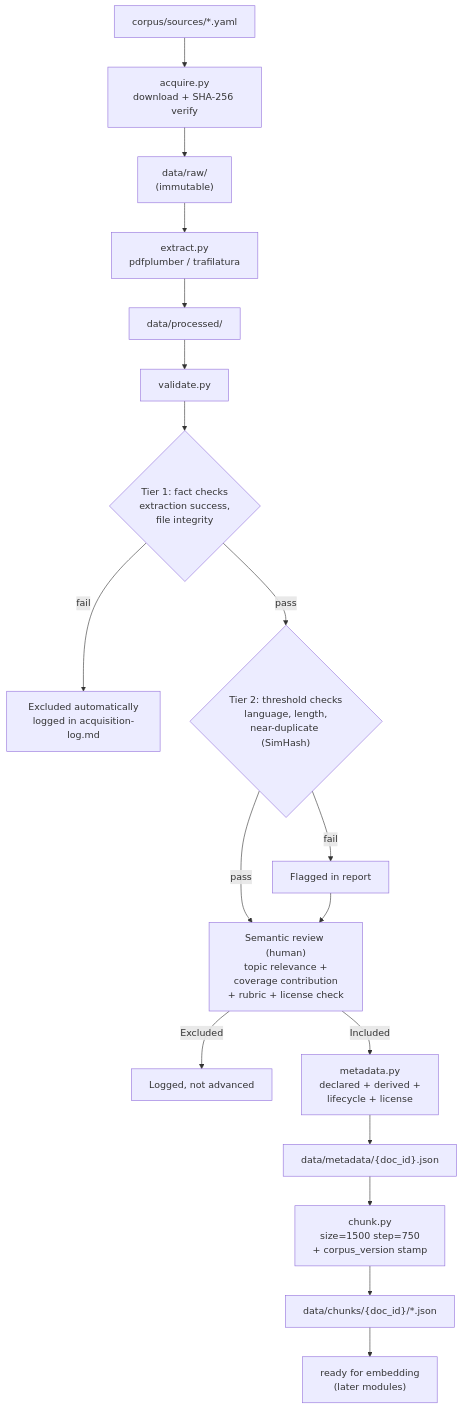
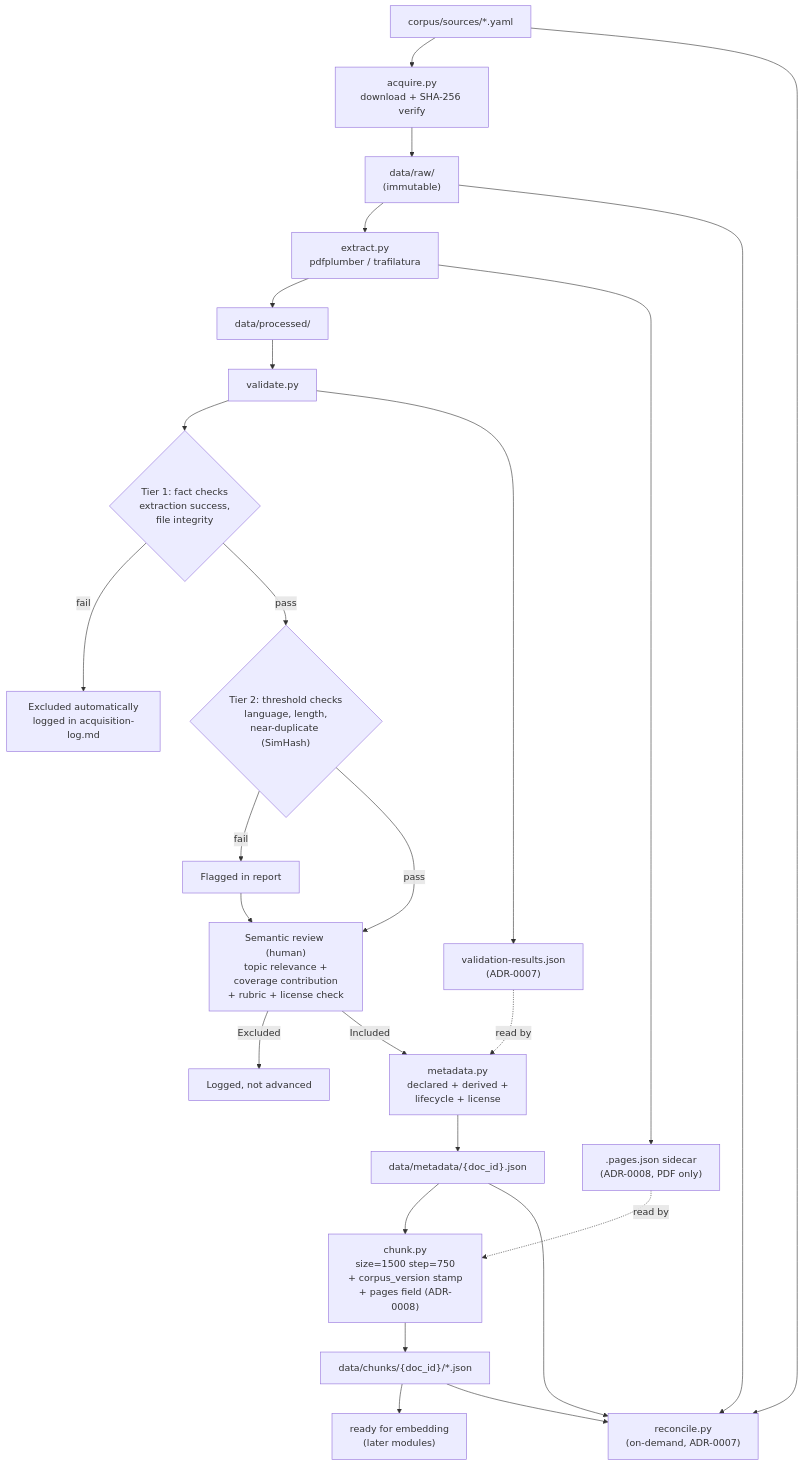
One commit to Sanjomwa/Civil-Liberties-Knowledge-Assistant changed the diagram in docs/ingestion-design.md. Above: the diagram before and after it, drawn with Mermaid. The commit also changed other lines of this file and 27 other files, not shown here.

````diff
--- a/docs/ingestion-design.md
+++ b/docs/ingestion-design.md
@@ -214,23 +321,33 @@
 ```mermaid
 flowchart TD
     Y["corpus/sources/*.yaml"] --> ACQ["acquire.py<br/>download + SHA-256 verify"]
     ACQ --> RAW["data/raw/<br/>(immutable)"]
     RAW --> EXT["extract.py<br/>pdfplumber / trafilatura"]
     EXT --> PROC["data/processed/"]
     PROC --> VAL["validate.py"]
 
     VAL --> T1{"Tier 1: fact checks<br/>extraction success,<br/>file integrity"}
     T1 -->|fail| EXC1["Excluded automatically<br/>logged in acquisition-log.md"]
     T1 -->|pass| T2{"Tier 2: threshold checks<br/>language, length,<br/>near-duplicate (SimHash)"}
     T2 -->|fail| FLAG["Flagged in report"]
     T2 -->|pass| SEM["Semantic review (human)<br/>topic relevance +<br/>coverage contribution<br/>+ rubric + license check"]
     FLAG --> SEM
 
     SEM -->|Excluded| EXC2["Logged, not advanced"]
     SEM -->|Included| META["metadata.py<br/>declared + derived +<br/>lifecycle + license"]
 
     META --> MJSON["data/metadata/{doc_id}.json"]
-    MJSON --> CHUNK["chunk.py<br/>size=1500 step=750<br/>+ corpus_version stamp"]
+    MJSON --> CHUNK["chunk.py<br/>size=1500 step=750<br/>+ corpus_version stamp<br/>+ pages field (ADR-0008)"]
     CHUNK --> CHUNKS["data/chunks/{doc_id}/*.json"]
     CHUNKS --> NEXT["ready for embedding<br/>(later modules)"]
+
+    VAL --> VRESULTS["validation-results.json<br/>(ADR-0007)"]
+    VRESULTS -.->|read by| META
+    EXT --> PAGES[".pages.json sidecar<br/>(ADR-0008, PDF only)"]
+    PAGES -.->|read by| CHUNK
+
+    Y --> RC["reconcile.py<br/>(on-demand, ADR-0007)"]
+    RAW --> RC
+    MJSON --> RC
+    CHUNKS --> RC
 ```
````
